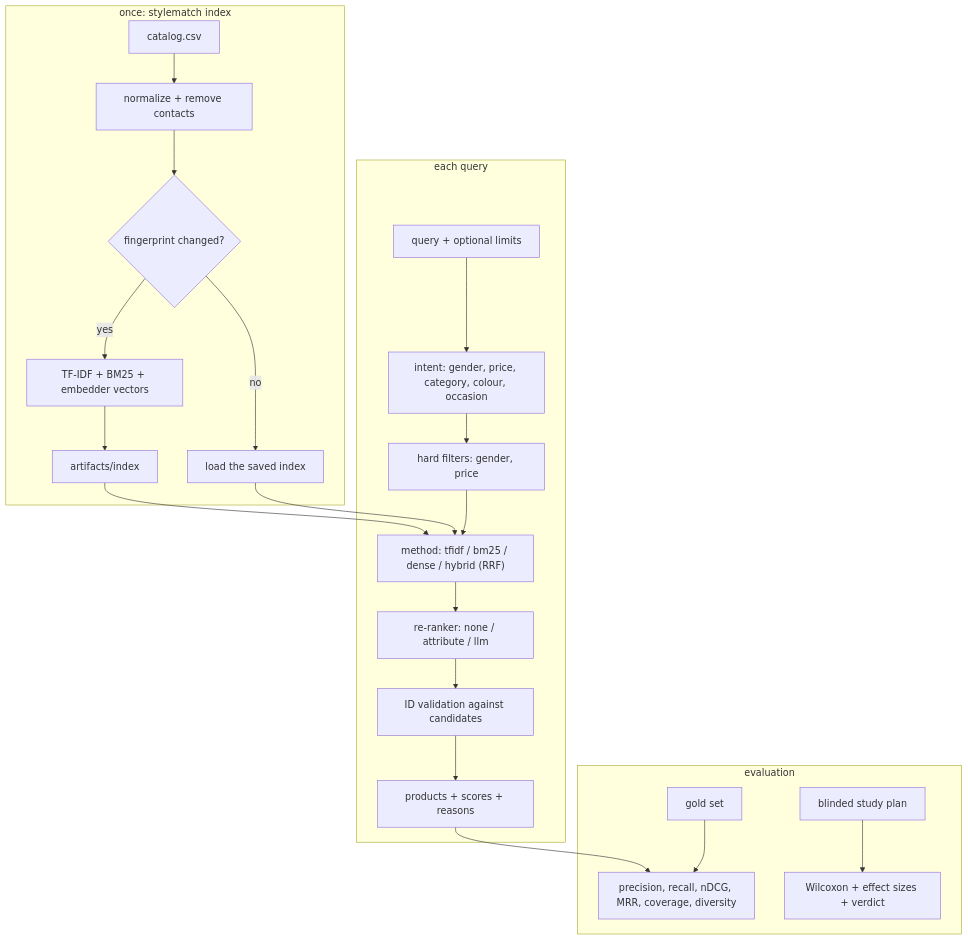
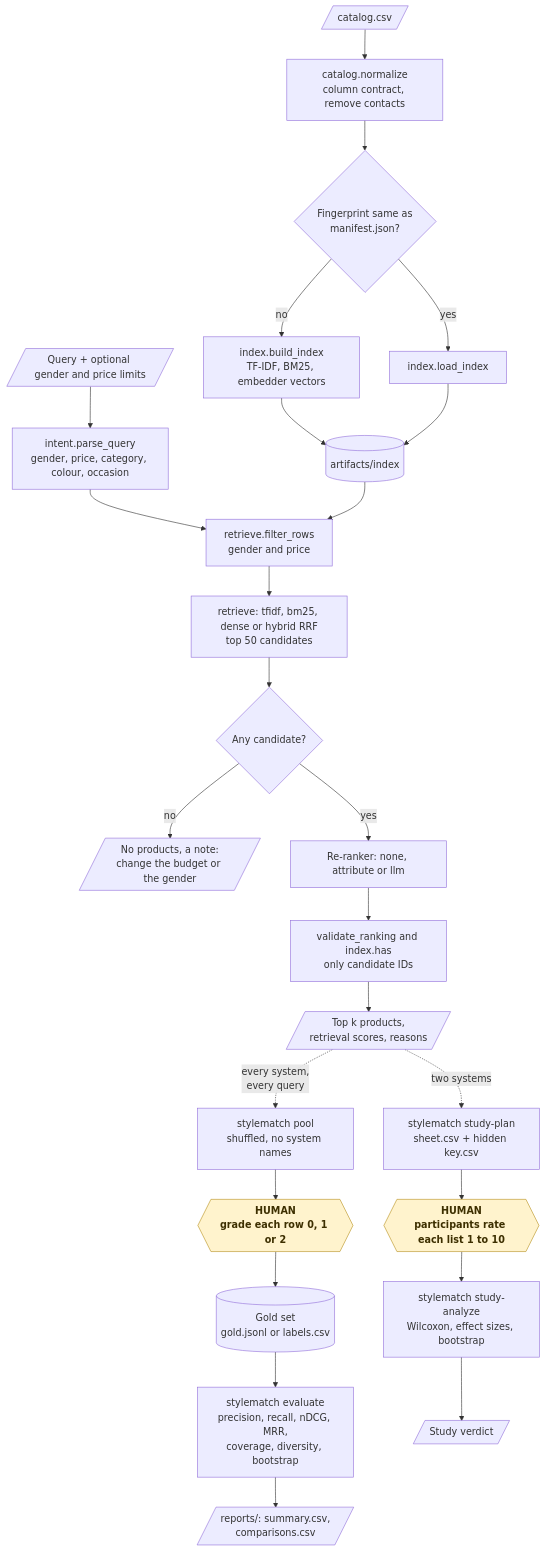
One commit to KrishnaAnnavaram/stylematch changed the fifth of 17 diagrams in README.md. Above: the diagram before and after it, drawn with Mermaid. The commit also changed other lines of this file, not shown here.

Commit message:
Add the workflow diagrams to the README

````diff
--- a/README.md
+++ b/README.md
@@ -203,24 +272,30 @@
 ```mermaid
-flowchart TB
-    subgraph build["once: stylematch index"]
-        CAT["catalog.csv"] --> NORM["normalize + remove contacts"]
-        NORM --> FP{"fingerprint changed?"}
-        FP -->|"no"| LOAD["load the saved index"]
-        FP -->|"yes"| BUILD["TF-IDF + BM25 + embedder vectors"] --> SAVE["artifacts/index"]
-    end
-    subgraph query["each query"]
-        Q["query + optional limits"] --> INT["intent: gender, price, category, colour, occasion"]
-        INT --> FIL["hard filters: gender, price"]
-        FIL --> RET["method: tfidf / bm25 / dense / hybrid (RRF)"]
-        RET --> RR["re-ranker: none / attribute / llm"]
-        RR --> VAL["ID validation against candidates"]
-        VAL --> OUT["products + scores + reasons"]
-    end
-    subgraph eval["evaluation"]
-        GOLD["gold set"] --> MET["precision, recall, nDCG, MRR, coverage, diversity"]
-        PLAN["blinded study plan"] --> ANA["Wilcoxon + effect sizes + verdict"]
-    end
-    LOAD --> RET
-    SAVE --> RET
-    OUT --> MET
+flowchart TD
+    CAT[/"catalog.csv"/] --> NORM["catalog.normalize<br/>column contract, remove contacts"]
+    NORM --> FP{"Fingerprint same as<br/>manifest.json?"}
+    FP -- "yes" --> LOAD["index.load_index"]
+    FP -- "no" --> BUILD["index.build_index<br/>TF-IDF, BM25, embedder vectors"]
+    BUILD --> IDX[("artifacts/index")]
+    LOAD --> IDX
+    Q[/"Query + optional gender and price limits"/] --> INT["intent.parse_query<br/>gender, price, category, colour, occasion"]
+    INT --> FIL["retrieve.filter_rows<br/>gender and price"]
+    IDX --> FIL
+    FIL --> RET["retrieve: tfidf, bm25, dense or hybrid RRF<br/>top 50 candidates"]
+    RET --> ANY{"Any candidate?"}
+    ANY -- "no" --> NOTE[/"No products, a note:<br/>change the budget or the gender"/]
+    ANY -- "yes" --> RR["Re-ranker: none, attribute or llm"]
+    RR --> VAL["validate_ranking and index.has<br/>only candidate IDs"]
+    VAL --> OUT[/"Top k products,<br/>retrieval scores, reasons"/]
+    OUT -. "every system,<br/>every query" .-> POOL["stylematch pool<br/>shuffled, no system names"]
+    POOL --> LAB{{"HUMAN<br/>grade each row 0, 1 or 2"}}
+    LAB --> GOLD[("Gold set<br/>gold.jsonl or labels.csv")]
+    GOLD --> EVAL["stylematch evaluate<br/>precision, recall, nDCG, MRR,<br/>coverage, diversity, bootstrap"]
+    EVAL --> REP[/"reports/: summary.csv,<br/>comparisons.csv"/]
+    OUT -. "two systems" .-> PLAN["stylematch study-plan<br/>sheet.csv + hidden key.csv"]
+    PLAN --> RATE{{"HUMAN<br/>participants rate each list 1 to 10"}}
+    RATE --> ANA["stylematch study-analyze<br/>Wilcoxon, effect sizes, bootstrap"]
+    ANA --> VER[/"Study verdict"/]
+
+    classDef human fill:#fff3cd,stroke:#b8901f,color:#3d2f00,font-weight:bold
+    class LAB,RATE human
 ```
````
